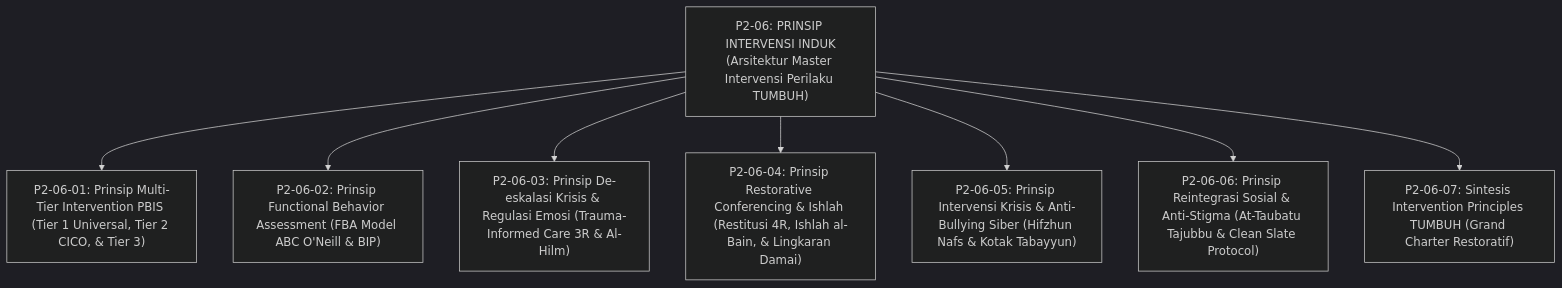
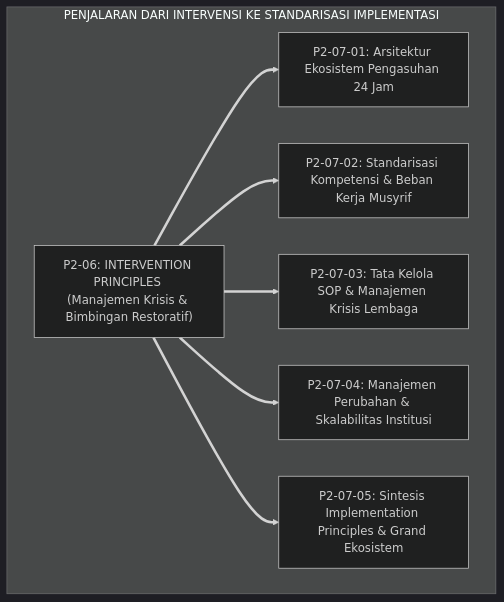
The third of 3 diagrams in 02 Principles/06 Intervention Principles/P2-06-Prinsip-Intervensi-Perilaku-TUMBUH.md (wandiapriliyandi/tumbuh), drawn with Mermaid (dark theme) before and after one commit. The commit also changed other lines of this file and 7 other files, not shown here.

Commit message:
docs(principles): reconstruct all 06 Intervention Principles monographs to pure academic standard

````diff
--- a/02 Principles/06 Intervention Principles/P2-06-Prinsip-Intervensi-Perilaku-TUMBUH.md
+++ b/02 Principles/06 Intervention Principles/P2-06-Prinsip-Intervensi-Perilaku-TUMBUH.md
@@ -66,12 +168,12 @@
 ```mermaid
-graph TD
-    Master["P2-06: PRINSIP INTERVENSI INDUK<br/>(Arsitektur Master Intervensi Perilaku TUMBUH)"]
-    
-    Master --> M1["P2-06-01: Prinsip Multi-Tier Intervention PBIS (Tier 1 Universal, Tier 2 CICO, & Tier 3)"]
-    Master --> M2["P2-06-02: Prinsip Functional Behavior Assessment (FBA Model ABC O'Neill & BIP)"]
-    Master --> M3["P2-06-03: Prinsip De-eskalasi Krisis & Regulasi Emosi (Trauma-Informed Care 3R & Al-Hilm)"]
-    Master --> M4["P2-06-04: Prinsip Restorative Conferencing & Ishlah (Restitusi 4R, Ishlah al-Bain, & Lingkaran Damai)"]
-    Master --> M5["P2-06-05: Prinsip Intervensi Krisis & Anti-Bullying Siber (Hifzhun Nafs & Kotak Tabayyun)"]
-    Master --> M6["P2-06-06: Prinsip Reintegrasi Sosial & Anti-Stigma (At-Taubatu Tajubbu & Clean Slate Protocol)"]
-    Master --> M7["P2-06-07: Sintesis Intervention Principles TUMBUH (Grand Charter Restoratif)"]
+flowchart TD
+    subgraph PenjalaranInterventionKeImplementation["PENJALARAN DARI INTERVENSI KE STANDARISASI IMPLEMENTASI"]
+        InterveneMaster["P2-06: INTERVENTION PRINCIPLES (Manajemen Krisis & Bimbingan Restoratif)"]
+        
+        InterveneMaster ==> P2_07_01["P2-07-01: Arsitektur Ekosistem Pengasuhan 24 Jam"]
+        InterveneMaster ==> P2_07_02["P2-07-02: Standarisasi Kompetensi & Beban Kerja Musyrif"]
+        InterveneMaster ==> P2_07_03["P2-07-03: Tata Kelola SOP & Manajemen Krisis Lembaga"]
+        InterveneMaster ==> P2_07_04["P2-07-04: Manajemen Perubahan & Skalabilitas Institusi"]
+        InterveneMaster ==> P2_07_05["P2-07-05: Sintesis Implementation Principles & Grand Ekosistem"]
+    end
 ```
````
